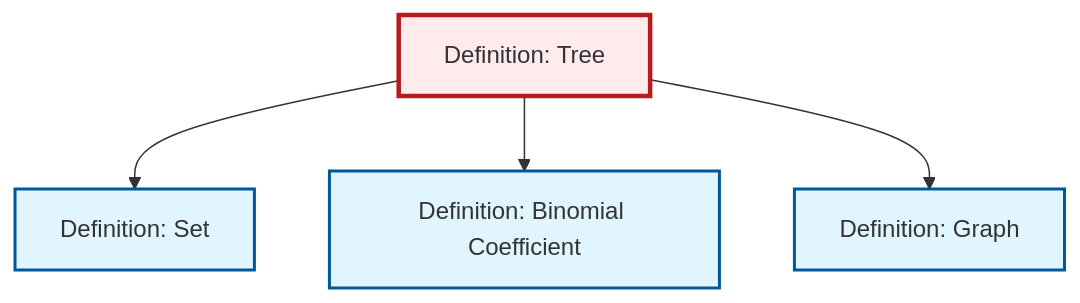
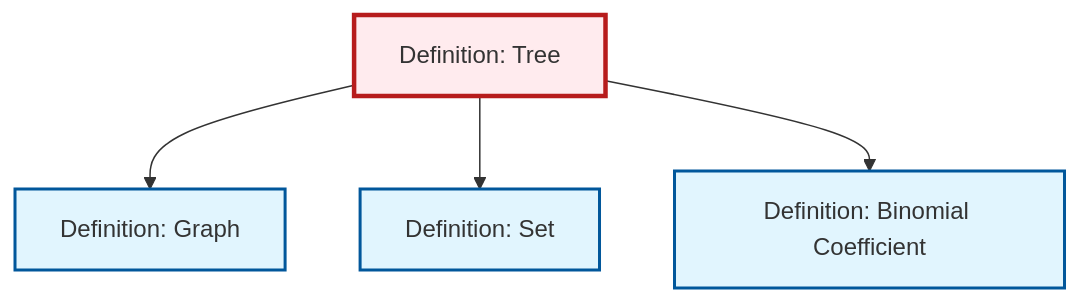
Before and after one commit to RK0429/ModernMath: the diagram in content/en/combinatorics/def-tree.qmd, drawn with Mermaid. The commit also changed other lines of this file and 615 other files, not shown here.

````diff
--- a/content/en/combinatorics/def-tree.qmd
+++ b/content/en/combinatorics/def-tree.qmd
@@ -135,20 +135,20 @@
 ```{mermaid}
 %%| fig-cap: "Local dependency graph"
 graph TD
     classDef definition fill:#e1f5fe,stroke:#01579b,stroke-width:2px
     classDef theorem fill:#f3e5f5,stroke:#4a148c,stroke-width:2px
     classDef axiom fill:#fff3e0,stroke:#e65100,stroke-width:2px
     classDef example fill:#e8f5e9,stroke:#1b5e20,stroke-width:2px
     classDef current fill:#ffebee,stroke:#b71c1c,stroke-width:3px
+    def-set["Definition: Set"]:::definition
     def-binomial-coefficient["Definition: Binomial Coefficient"]:::definition
     def-graph["Definition: Graph"]:::definition
     def-tree["Definition: Tree"]:::definition
-    def-set["Definition: Set"]:::definition
+    def-tree --> def-graph
     def-tree --> def-set
     def-tree --> def-binomial-coefficient
-    def-tree --> def-graph
     class def-tree current
+    click def-set "def-set.html" "Go to Set definition"
     click def-binomial-coefficient "def-binomial-coefficient.html" "Go to Binomial Coefficient definition"
     click def-graph "def-graph.html" "Go to Graph definition"
-    click def-set "def-set.html" "Go to Set definition"
 ```
````
